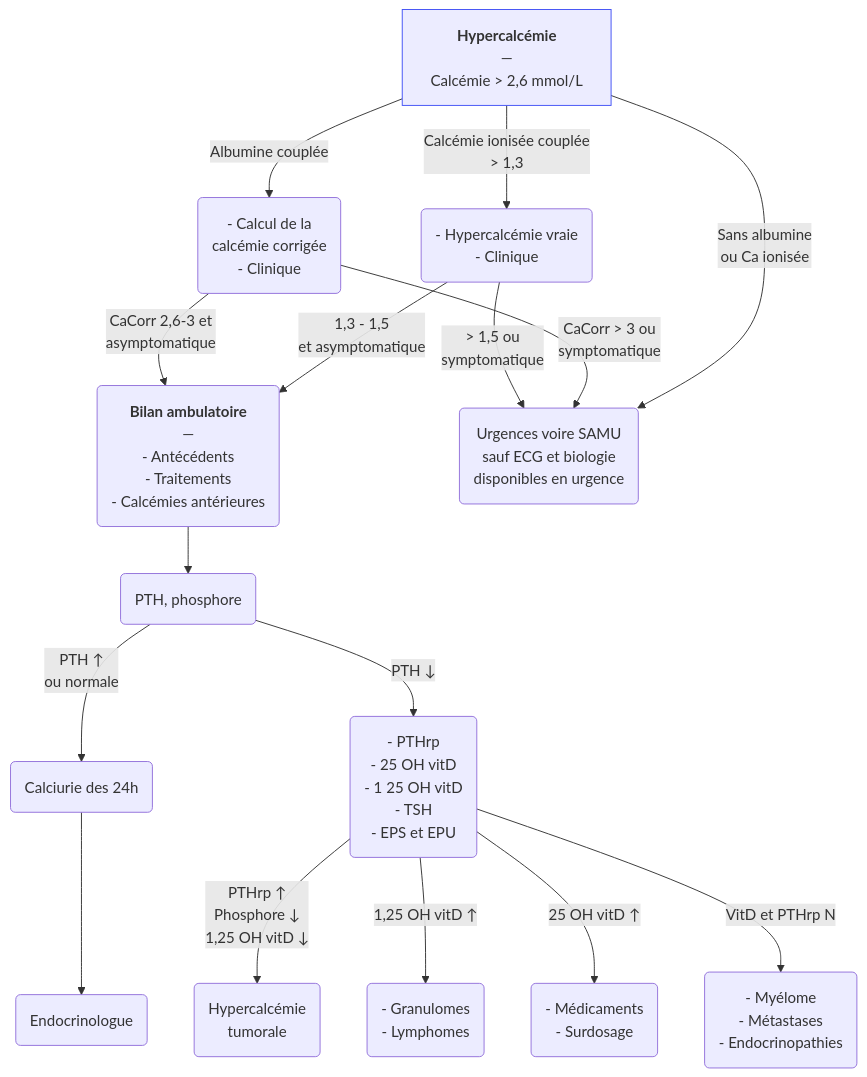
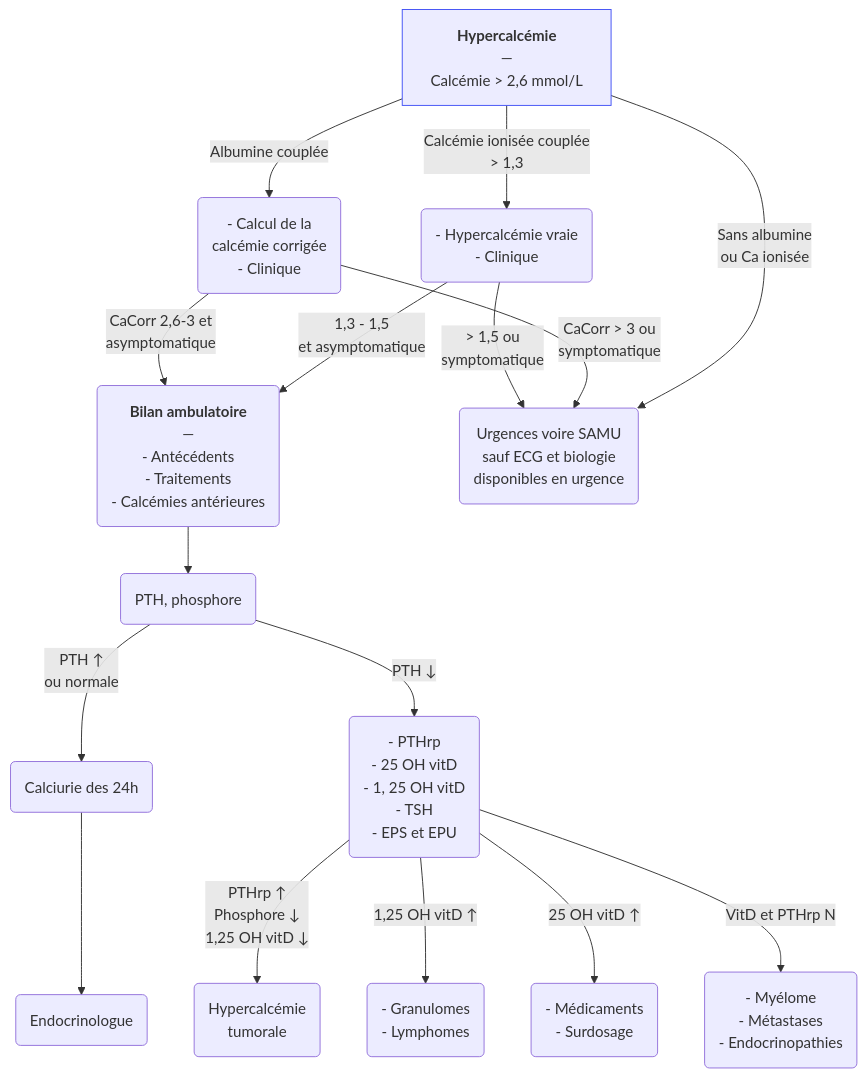
One commit to djibe/recommandations-medicales changed the diagram in content/recommandations/hypercalcemie.md. Above: the diagram before and after it, drawn with Mermaid. The commit also changed other lines of this file and 38 other files, not shown here.

```diff
--- a/content/recommandations/hypercalcemie.md
+++ b/content/recommandations/hypercalcemie.md
@@ -210,13 +210,13 @@
 {{< mermaid title="Prise en charge d'une hypercalcémie par le médecin généraliste. Dr JB Fron d'après Collèges" >}}
 graph TB
   hypercalcémie["<b>Hypercalcémie</b><br>—<br>Calcémie &gt; 2,6 mmol/L"] -- Albumine couplée --> corrigée("- Calcul de la <br>calcémie corrigée<br>- Clinique") -- "CaCorr 2,6-3 et<br>asymptomatique" --> ambulatoire("<b>Bilan ambulatoire</b><br>—<br>- Antécédents<br>- Traitements<br>- Calcémies antérieures") --> bilan("PTH, phosphore") -- "PTH ↑<br>ou normale" --> calciurie(Calciurie des 24h) --> endocrinologue(Endocrinologue)
-  bilan -- PTH ↓ --> complémentaire("- PTHrp<br>- 25 OH vitD<br>- 1 25 OH vitD<br>- TSH<br>- EPS et EPU") -- "PTHrp ↑<br>Phosphore ↓<br>1,25 OH vitD ↓" --> cancer("Hypercalcémie<br>tumorale")
+  bilan -- PTH ↓ --> complémentaire("- PTHrp<br>- 25 OH vitD<br>- 1, 25 OH vitD<br>- TSH<br>- EPS et EPU") -- "PTHrp ↑<br>Phosphore ↓<br>1,25 OH vitD ↓" --> cancer("Hypercalcémie<br>tumorale")
     hypercalcémie -- "Calcémie ionisée couplée<br>&gt; 1,3" --> ionisée("- Hypercalcémie vraie<br>- Clinique") -- "&gt; 1,5 ou<br>symptomatique" --> urgences("Urgences voire SAMU<br>sauf ECG et biologie<br>disponibles en urgence")
       corrigée -- "CaCorr &gt; 3 ou<br>symptomatique" --> urgences
     hypercalcémie -- "Sans albumine<br>ou Ca ionisée" --> urgences
       ionisée -- "1,3 - 1,5<br> et asymptomatique" --> ambulatoire
         complémentaire -- "1,25 OH vitD ↑" --> granulome("- Granulomes<br>- Lymphomes")
         complémentaire -- "25 OH vitD ↑" --> médicament("- Médicaments<br>- Surdosage")
         complémentaire -- "VitD et PTHrp N" --> myélome("- Myélome<br>- Métastases<br>- Endocrinopathies")
   style hypercalcémie stroke:#4150f5, stroke-width:1px
 {{< /mermaid >}}
```
